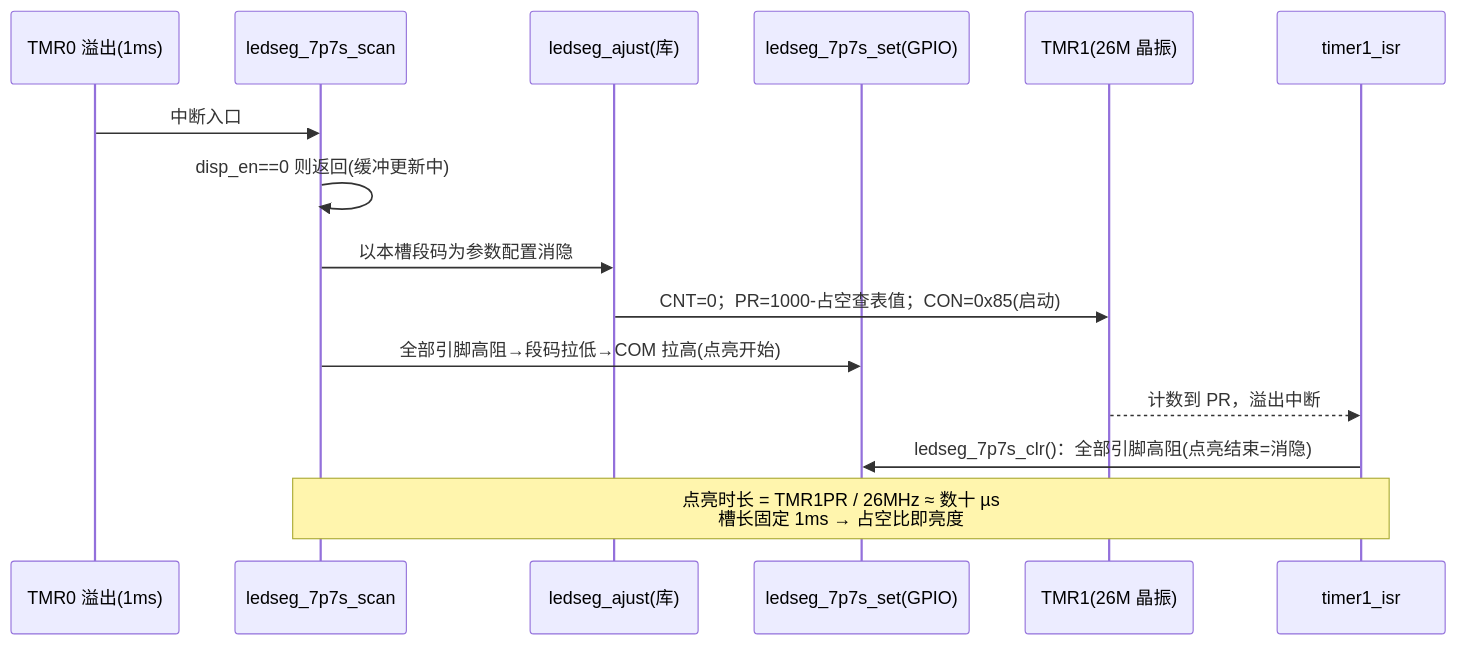
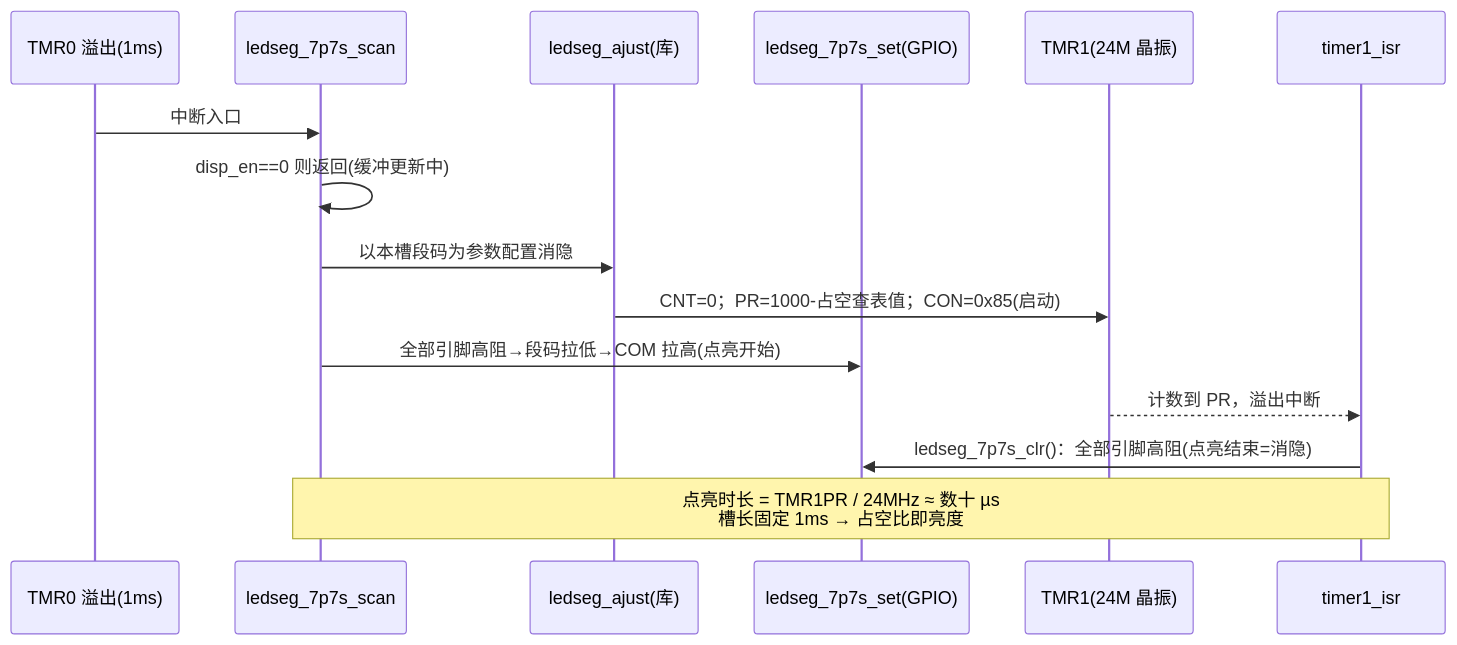
Before and after one commit to zglstudylinux/Client_PROJ_AB5712F_LE_MIC2_ZXD_K16B_S9938_20260911: the third of 3 diagrams in docs/peripheral/ledseg-7p7s-display.md, drawn with Mermaid. The commit also changed other lines of this file and 2 other files, not shown here.

````diff
--- a/docs/peripheral/ledseg-7p7s-display.md
+++ b/docs/peripheral/ledseg-7p7s-display.md
@@ -149,18 +156,18 @@
 ```mermaid
 sequenceDiagram
     participant T0 as TMR0 溢出(1ms)
     participant SCAN as ledseg_7p7s_scan
     participant AJ as ledseg_ajust(库)
     participant SET as ledseg_7p7s_set(GPIO)
-    participant T1 as TMR1(26M 晶振)
+    participant T1 as TMR1(24M 晶振)
     participant I1 as timer1_isr
 
     T0->>SCAN: 中断入口
     SCAN->>SCAN: disp_en==0 则返回(缓冲更新中)
     SCAN->>AJ: 以本槽段码为参数配置消隐
     AJ->>T1: CNT=0；PR=1000-占空查表值；CON=0x85(启动)
     SCAN->>SET: 全部引脚高阻→段码拉低→COM 拉高(点亮开始)
     T1-->>I1: 计数到 PR，溢出中断
     I1->>SET: ledseg_7p7s_clr()：全部引脚高阻(点亮结束=消隐)
-    Note over SCAN,I1: 点亮时长 = TMR1PR / 26MHz ≈ 数十 µs<br/>槽长固定 1ms → 占空比即亮度
+    Note over SCAN,I1: 点亮时长 = TMR1PR / 24MHz ≈ 数十 µs<br/>槽长固定 1ms → 占空比即亮度
 ```
````
